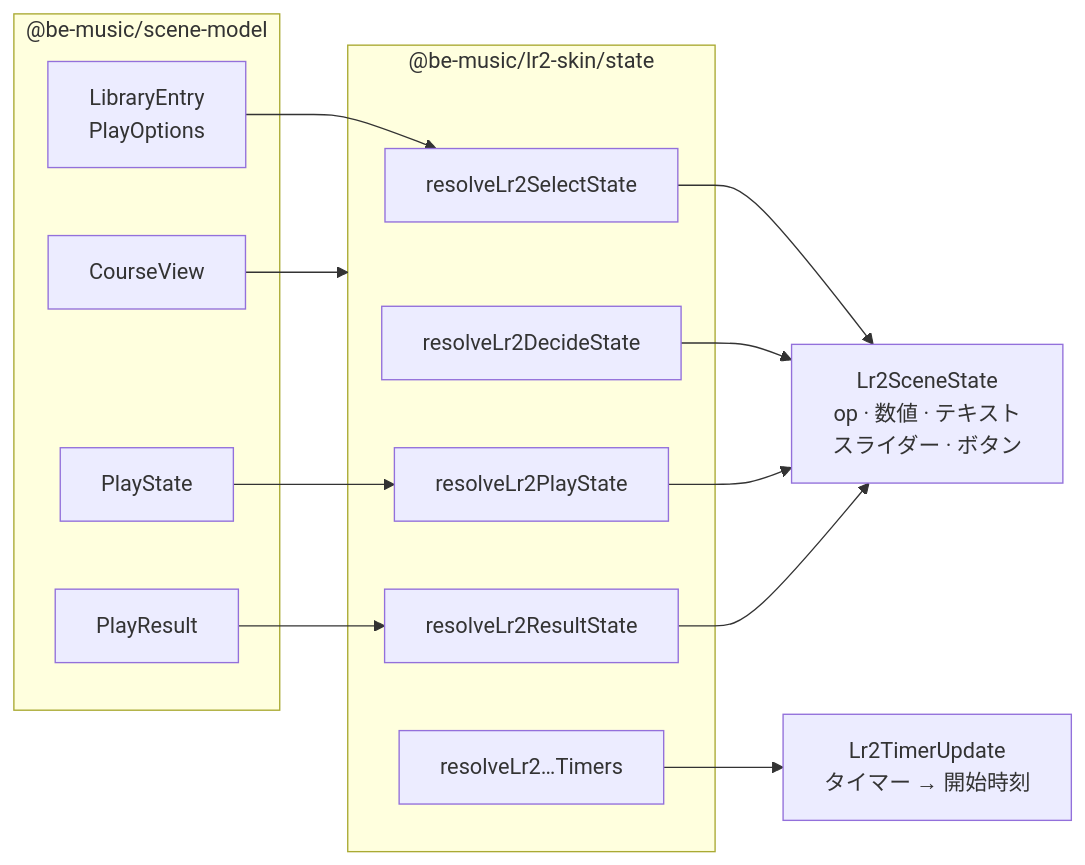
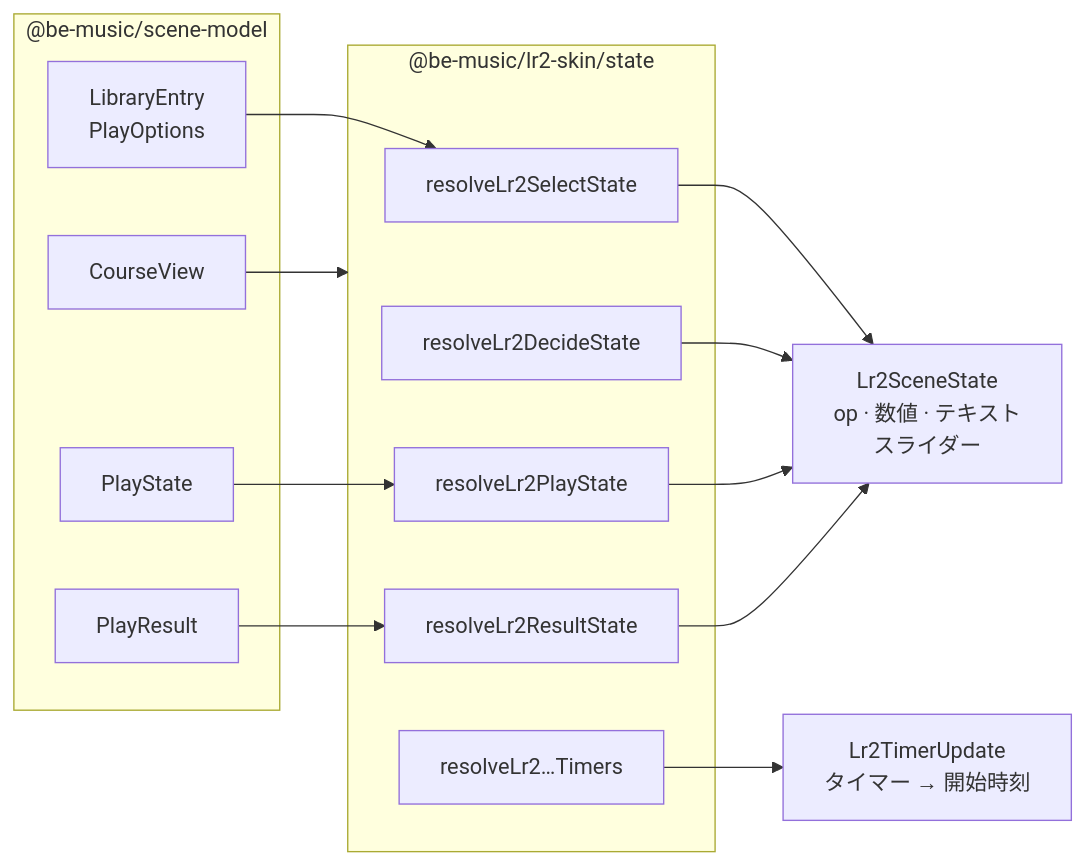
The diagram in docs/lr2-skin.ja.md (nulltask/be-music), drawn with Mermaid before and after one commit. The commit also changed other lines of this file and 5 other files, not shown here.

````diff
--- a/docs/lr2-skin.ja.md
+++ b/docs/lr2-skin.ja.md
@@ -89,28 +89,28 @@
 ```mermaid
 flowchart LR
   subgraph models["@be-music/scene-model"]
     entry["LibraryEntry<br/>PlayOptions"]
     play["PlayState"]
     result["PlayResult"]
     course["CourseView"]
   end
   subgraph state["@be-music/lr2-skin/state"]
     select["resolveLr2SelectState"]
     decide["resolveLr2DecideState"]
     playing["resolveLr2PlayState"]
     results["resolveLr2ResultState"]
     timers["resolveLr2…Timers"]
   end
-  ids["Lr2SceneState<br/>op · 数値 · テキスト<br/>スライダー · ボタン"]
+  ids["Lr2SceneState<br/>op · 数値 · テキスト<br/>スライダー"]
   starts["Lr2TimerUpdate<br/>タイマー → 開始時刻"]
 
   entry --> select
   play --> playing
   result --> results
   course --> state
   select --> ids
   decide --> ids
   playing --> ids
   results --> ids
   timers --> starts
 ```
````
